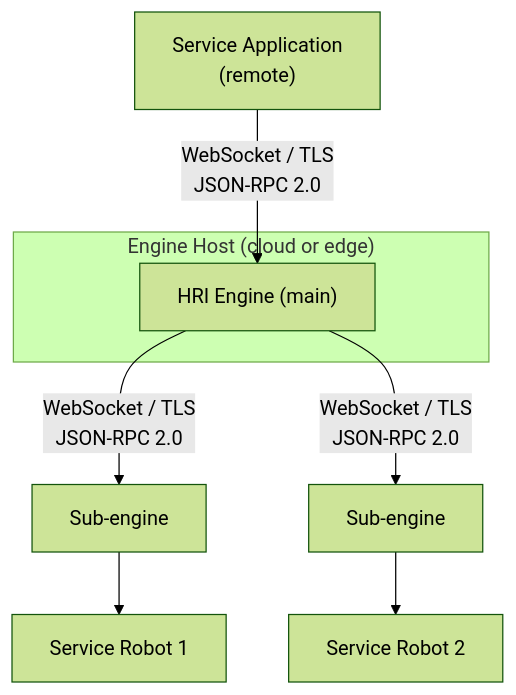
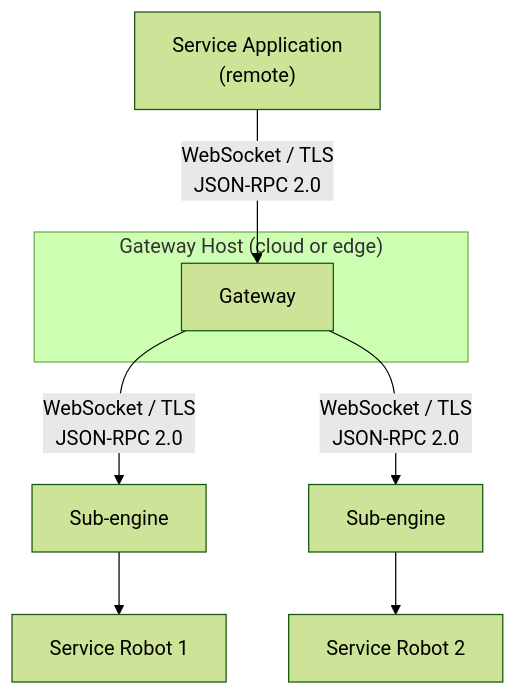
Before and after one commit to openrois/openrois: the fourth of 5 diagrams in docs/architecture.md, drawn with Mermaid (forest theme). The commit also changed other lines of this file and 7 other files, not shown here.

First line of the commit message:
docs: rewrite architecture, roadmap, and white paper to recursive engine model

````diff
--- a/docs/architecture.md
+++ b/docs/architecture.md
@@ -193,15 +723,15 @@
 ```mermaid
 flowchart TB
     App["Service Application<br/>(remote)"]
     App -->|"WebSocket / TLS<br/>JSON-RPC 2.0"| GW
 
-    subgraph Cloud["Engine Host (cloud or edge)"]
-        GW["HRI Engine (main)"]
+    subgraph Cloud["Gateway Host (cloud or edge)"]
+        GW["Gateway"]
     end
 
     GW -->|"WebSocket / TLS<br/>JSON-RPC 2.0"| SubEngine1["Sub-engine"]
     SubEngine1 --> Robot1["Service Robot 1"]
 
     GW -->|"WebSocket / TLS<br/>JSON-RPC 2.0"| SubEngine2["Sub-engine"]
     SubEngine2 --> Robot2["Service Robot 2"]
 ```
````
